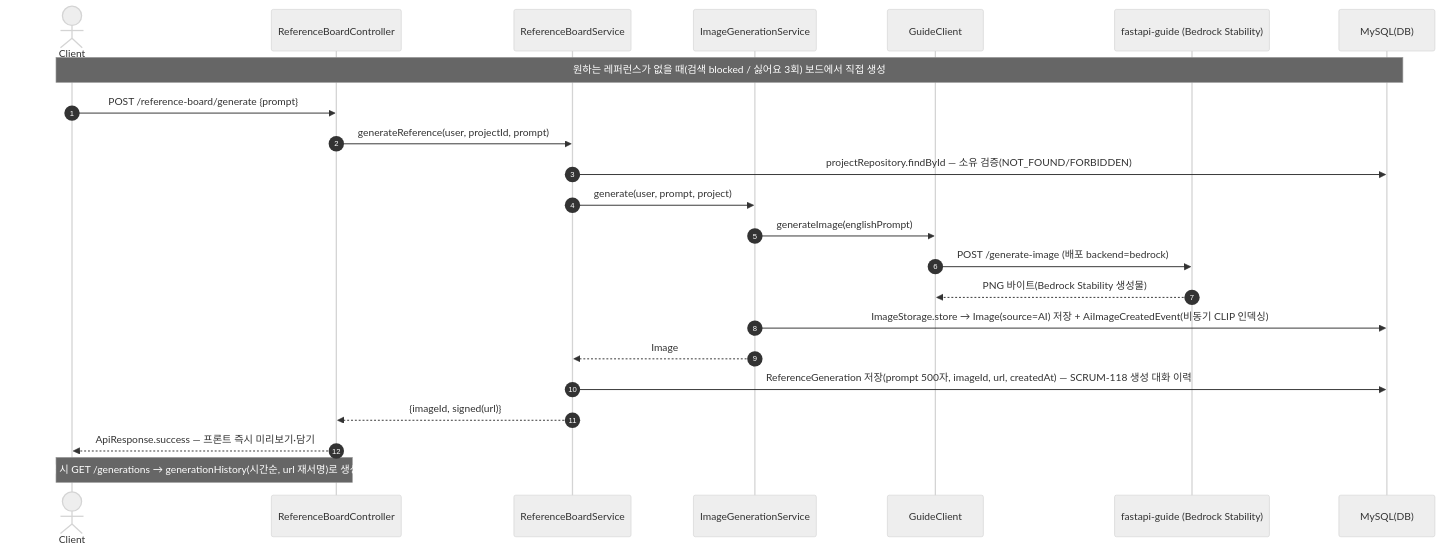
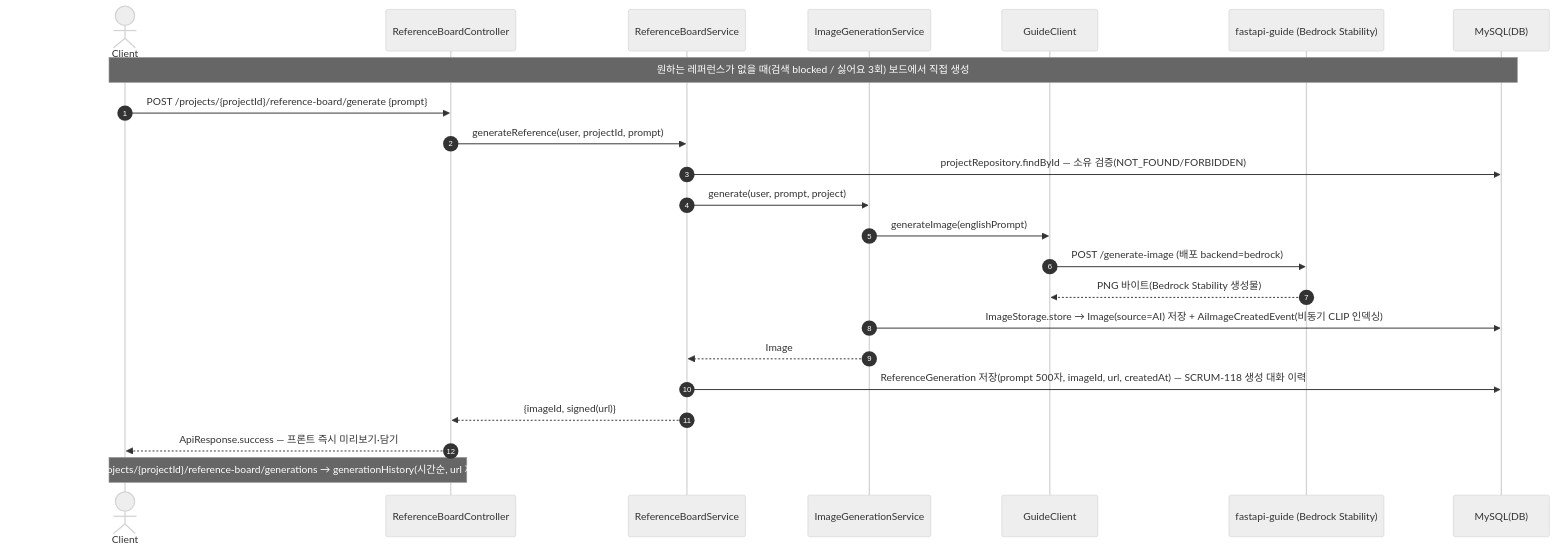
The second of 3 diagrams in docs/SDS/sequenceDiagram/referenceBoardSequenceDiagram.md (DraWeTeam/drawe), drawn with Mermaid (neutral theme) before and after one commit. The commit also changed other lines of this file and 3 other files, not shown here.

````diff
--- a/docs/SDS/sequenceDiagram/referenceBoardSequenceDiagram.md
+++ b/docs/SDS/sequenceDiagram/referenceBoardSequenceDiagram.md
@@ -42,27 +42,27 @@
 ```mermaid
 sequenceDiagram
     autonumber
     actor Client
     participant Ctl as ReferenceBoardController
     participant Svc as ReferenceBoardService
     participant Gen as ImageGenerationService
     participant Guide as GuideClient
     participant FA as fastapi-guide (Bedrock Stability)
     participant DB as MySQL(DB)
 
     Note over Client,DB: 원하는 레퍼런스가 없을 때(검색 blocked / 싫어요 3회) 보드에서 직접 생성
-    Client->>Ctl: POST /reference-board/generate {prompt}
+    Client->>Ctl: POST /projects/{projectId}/reference-board/generate {prompt}
     Ctl->>Svc: generateReference(user, projectId, prompt)
     Svc->>DB: projectRepository.findById — 소유 검증(NOT_FOUND/FORBIDDEN)
     Svc->>Gen: generate(user, prompt, project)
     Gen->>Guide: generateImage(englishPrompt)
     Guide->>FA: POST /generate-image (배포 backend=bedrock)
     FA-->>Guide: PNG 바이트(Bedrock Stability 생성물)
     Gen->>DB: ImageStorage.store → Image(source=AI) 저장 + AiImageCreatedEvent(비동기 CLIP 인덱싱)
     Gen-->>Svc: Image
     Svc->>DB: ReferenceGeneration 저장(prompt 500자, imageId, url, createdAt) — SCRUM-118 생성 대화 이력
     Svc-->>Ctl: {imageId, signed(url)}
     Ctl-->>Client: ApiResponse.success — 프론트 즉시 미리보기·담기
 
-    Note over Client,Ctl: 보드 재진입 시 GET /generations → generationHistory(시간순, url 재서명)로 생성 채팅 복원
+    Note over Client,Ctl: 보드 재진입 시 GET /projects/{projectId}/reference-board/generations → generationHistory(시간순, url 재서명)로 생성 채팅 복원
 ```
````
